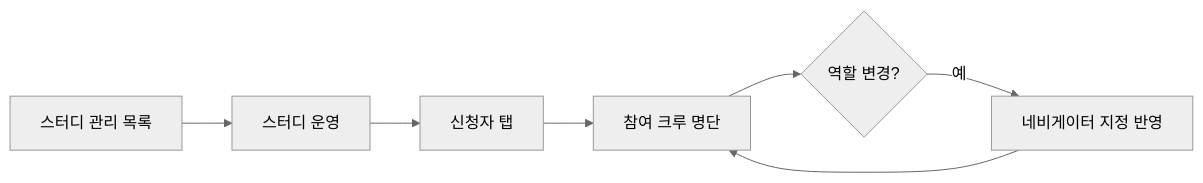
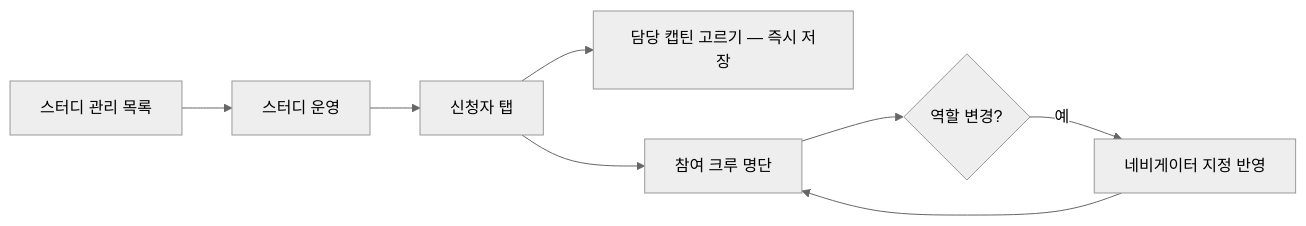
Before and after one commit to StudyClub-PlusPlus/studyclub-engineering: the first of 2 diagrams in 01-planning/stories/captain-view-attendees/PRD.md, drawn with Mermaid (neutral theme). The commit also changed other lines of this file and 88 other files, not shown here.

````diff
--- a/01-planning/stories/captain-view-attendees/PRD.md
+++ b/01-planning/stories/captain-view-attendees/PRD.md
@@ -11,8 +11,9 @@
 ```mermaid
 flowchart LR
   A["스터디 관리 목록"] --> B["스터디 운영"]
   B --> C["신청자 탭"]
+  C --> G["담당 캡틴 고르기 — 즉시 저장"]
   C --> D["참여 크루 명단"]
   D --> E{"역할 변경?"}
   E -->|예| F["네비게이터 지정 반영"] --> D
 ```
````
